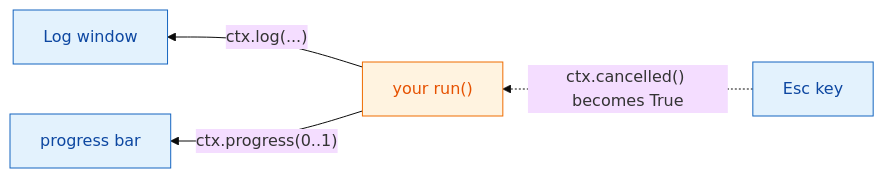
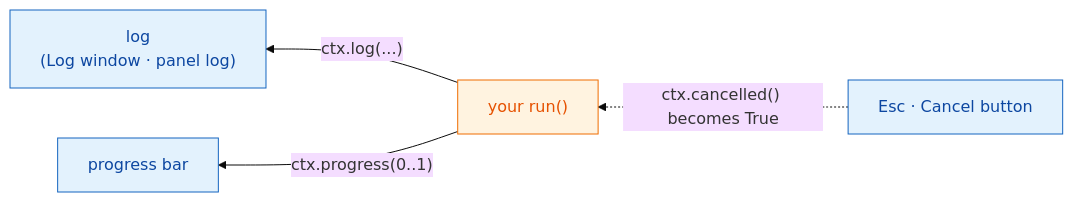
One commit to Oxford-Zeiss-Centre-of-Excellence/Wavu changed the diagram in guide/write/logs-progress-cancel.md. Above: the diagram before and after it, drawn with Mermaid (base theme). The commit also changed other lines of this file and 70 other files, not shown here.

````diff
--- a/guide/write/logs-progress-cancel.md
+++ b/guide/write/logs-progress-cancel.md
@@ -15,13 +24,13 @@
 ```mermaid
 flowchart RL
     S["your run()"]:::script
-    L["Log window"]:::fiji
+    L["log<br/>(Log window · panel log)"]:::fiji
     P["progress bar"]:::fiji
-    E["Esc key"]:::fiji
+    E["Esc · Cancel button"]:::fiji
     S -- "ctx.log(...)" --> L
     S -- "ctx.progress(0..1)" --> P
     E -. "ctx.cancelled() becomes True" .-> S
 
     classDef fiji   fill:#e3f2fd,stroke:#1565c0,color:#0d47a1
     classDef script fill:#fff3e0,stroke:#ef6c00,color:#e65100
 ```
````
